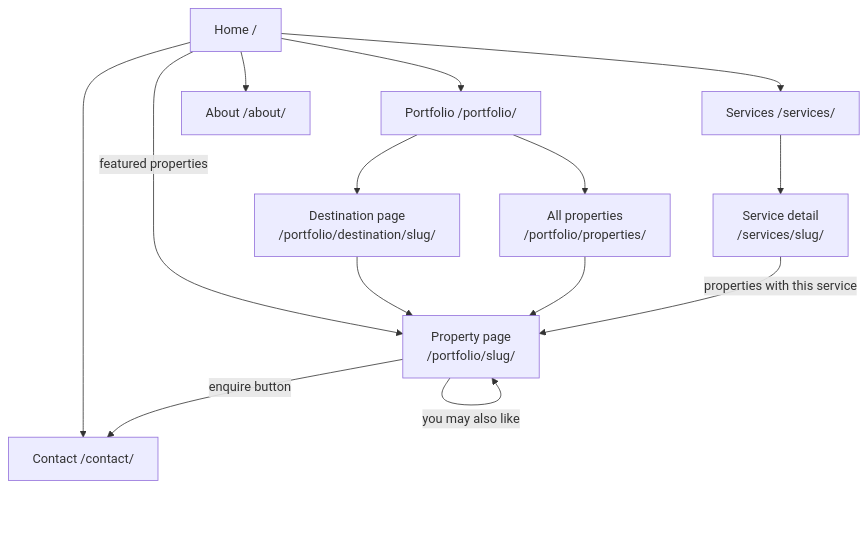
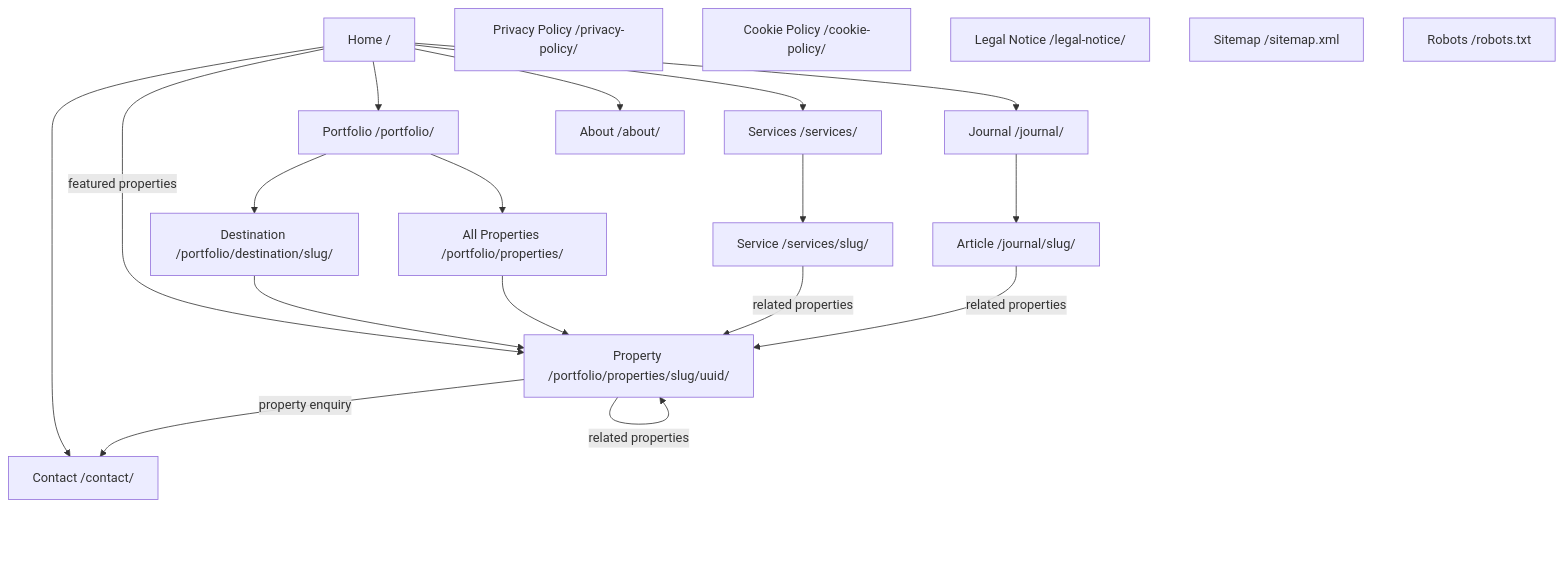
Before and after one commit to Lilla-Kavecsanszki/oliverde: the diagram in README.md, drawn with Mermaid. The commit also changed other lines of this file, not shown here.

Commit message:
Update README with deployment, architecture, and project documentation

````diff
--- a/README.md
+++ b/README.md
@@ -85,27 +167,45 @@
 ```mermaid
 flowchart TD
     Home["Home /"]
     Portfolio["Portfolio /portfolio/"]
-    Destination["Destination page\n/portfolio/destination/slug/"]
-    Property["Property page\n/portfolio/slug/"]
-    AllProps["All properties\n/portfolio/properties/"]
+    AllProperties["All Properties /portfolio/properties/"]
+    Destination["Destination /portfolio/destination/slug/"]
+    Property["Property /portfolio/properties/slug/uuid/"]
+
     Services["Services /services/"]
-    ServiceDetail["Service detail\n/services/slug/"]
+    ServiceDetail["Service /services/slug/"]
+
+    Journal["Journal /journal/"]
+    JournalPost["Article /journal/slug/"]
+
     About["About /about/"]
     Contact["Contact /contact/"]
 
+    Privacy["Privacy Policy /privacy-policy/"]
+    Cookies["Cookie Policy /cookie-policy/"]
+    Legal["Legal Notice /legal-notice/"]
+
+    Sitemap["Sitemap /sitemap.xml"]
+    Robots["Robots /robots.txt"]
+
     Home --> Portfolio
     Home --> Services
+    Home --> Journal
     Home --> About
     Home --> Contact
     Home -->|"featured properties"| Property
 
     Portfolio --> Destination
-    Portfolio --> AllProps
+    Portfolio --> AllProperties
     Destination --> Property
-    AllProps --> Property
+    AllProperties --> Property
+
     Services --> ServiceDetail
-    Property -->|"enquire button"| Contact
-    Property -->|"you may also like"| Property
-    ServiceDetail -->|"properties with this service"| Property
+    ServiceDetail -->|"related properties"| Property
+
+    Journal --> JournalPost
+    JournalPost -->|"related properties"| Property
+
+    Property -->|"property enquiry"| Contact
+    Property -->|"related properties"| Property
 ```
````
